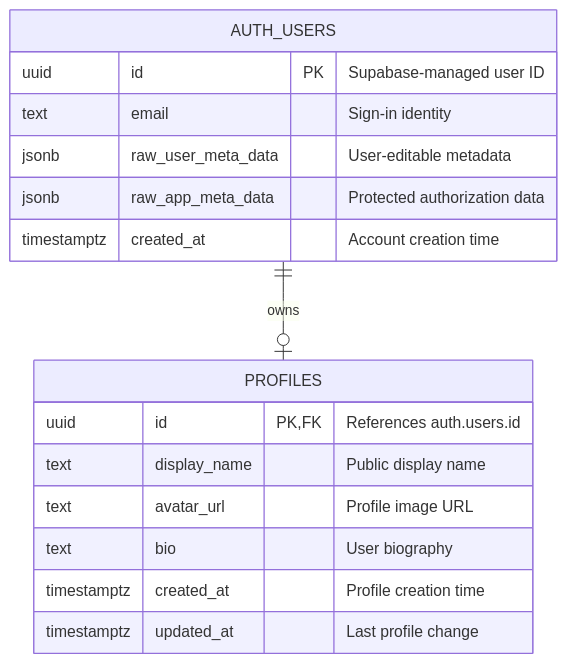
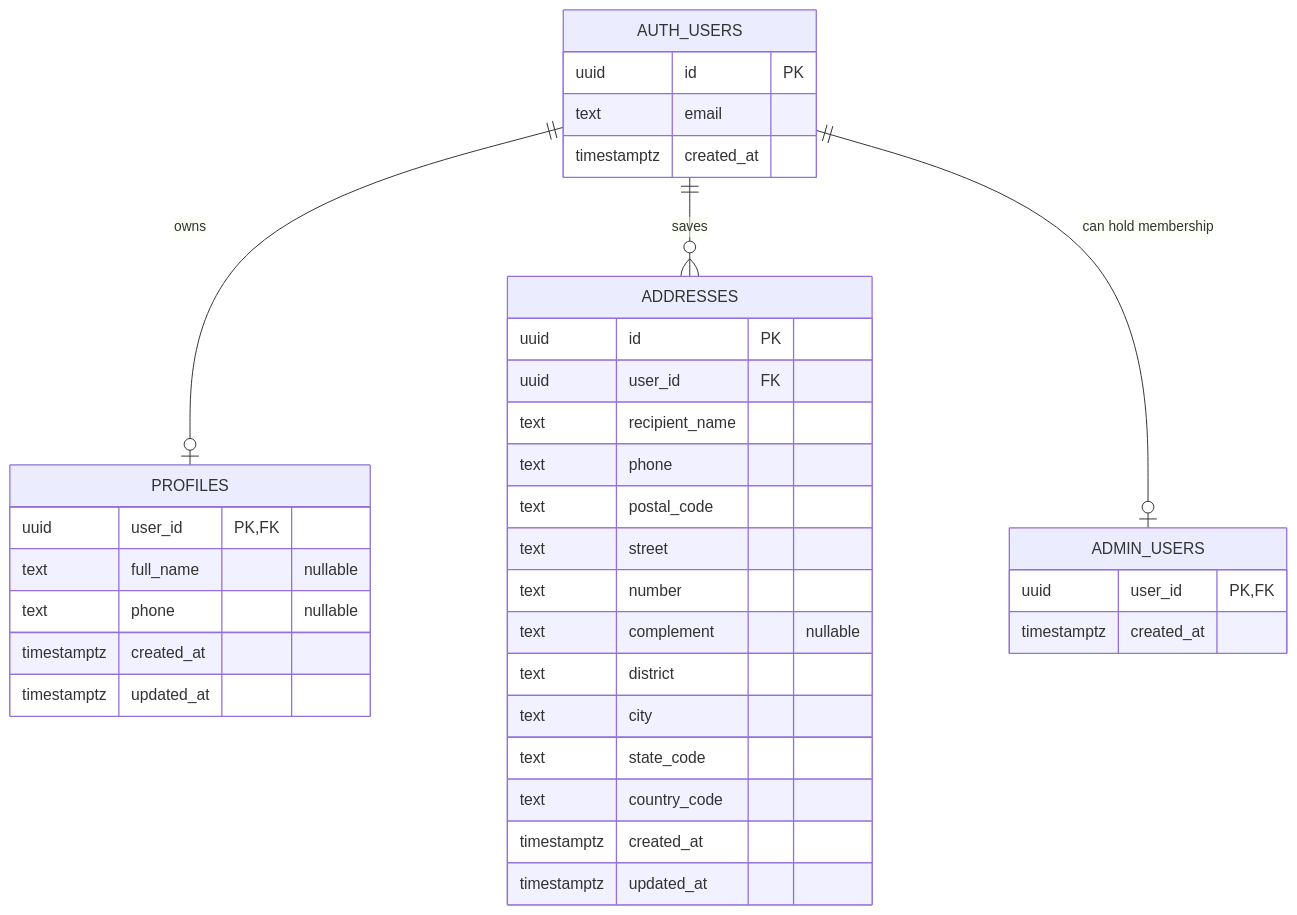
The first of 2 diagrams in RPRT/Auth Users and Profiles.md (GabrielSaliba/obsidian), drawn with Mermaid before and after one commit. The commit also changed other lines of this file and 32 other files, not shown here.

````diff
--- a/RPRT/Auth Users and Profiles.md
+++ b/RPRT/Auth Users and Profiles.md
@@ -38,21 +42,42 @@
 ```mermaid
 erDiagram
     AUTH_USERS ||--o| PROFILES : "owns"
+    AUTH_USERS ||--o{ ADDRESSES : "saves"
+    AUTH_USERS ||--o| ADMIN_USERS : "can hold membership"
 
     AUTH_USERS {
-        uuid id PK "Supabase-managed user ID"
-        text email "Sign-in identity"
-        jsonb raw_user_meta_data "User-editable metadata"
-        jsonb raw_app_meta_data "Protected authorization data"
-        timestamptz created_at "Account creation time"
+        uuid id PK
+        text email
+        timestamptz created_at
     }
 
     PROFILES {
-        uuid id PK, FK "References auth.users.id"
-        text display_name "Public display name"
-        text avatar_url "Profile image URL"
-        text bio "User biography"
-        timestamptz created_at "Profile creation time"
-        timestamptz updated_at "Last profile change"
+        uuid user_id PK, FK
+        text full_name "nullable"
+        text phone "nullable"
+        timestamptz created_at
+        timestamptz updated_at
+    }
+
+    ADDRESSES {
+        uuid id PK
+        uuid user_id FK
+        text recipient_name
+        text phone
+        text postal_code
+        text street
+        text number
+        text complement "nullable"
+        text district
+        text city
+        text state_code
+        text country_code
+        timestamptz created_at
+        timestamptz updated_at
+    }
+
+    ADMIN_USERS {
+        uuid user_id PK, FK
+        timestamptz created_at
     }
 ```
````
